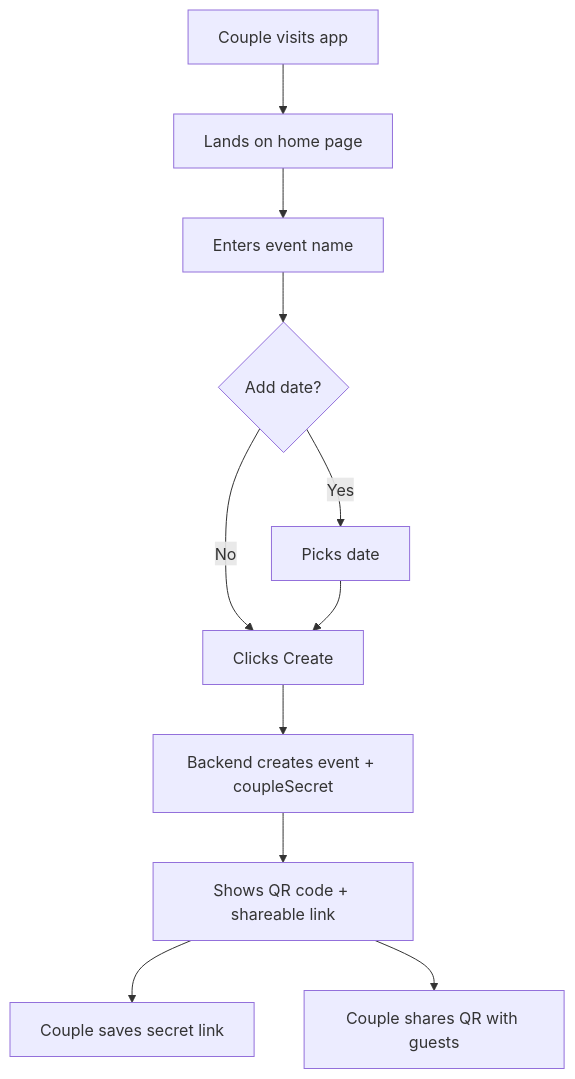
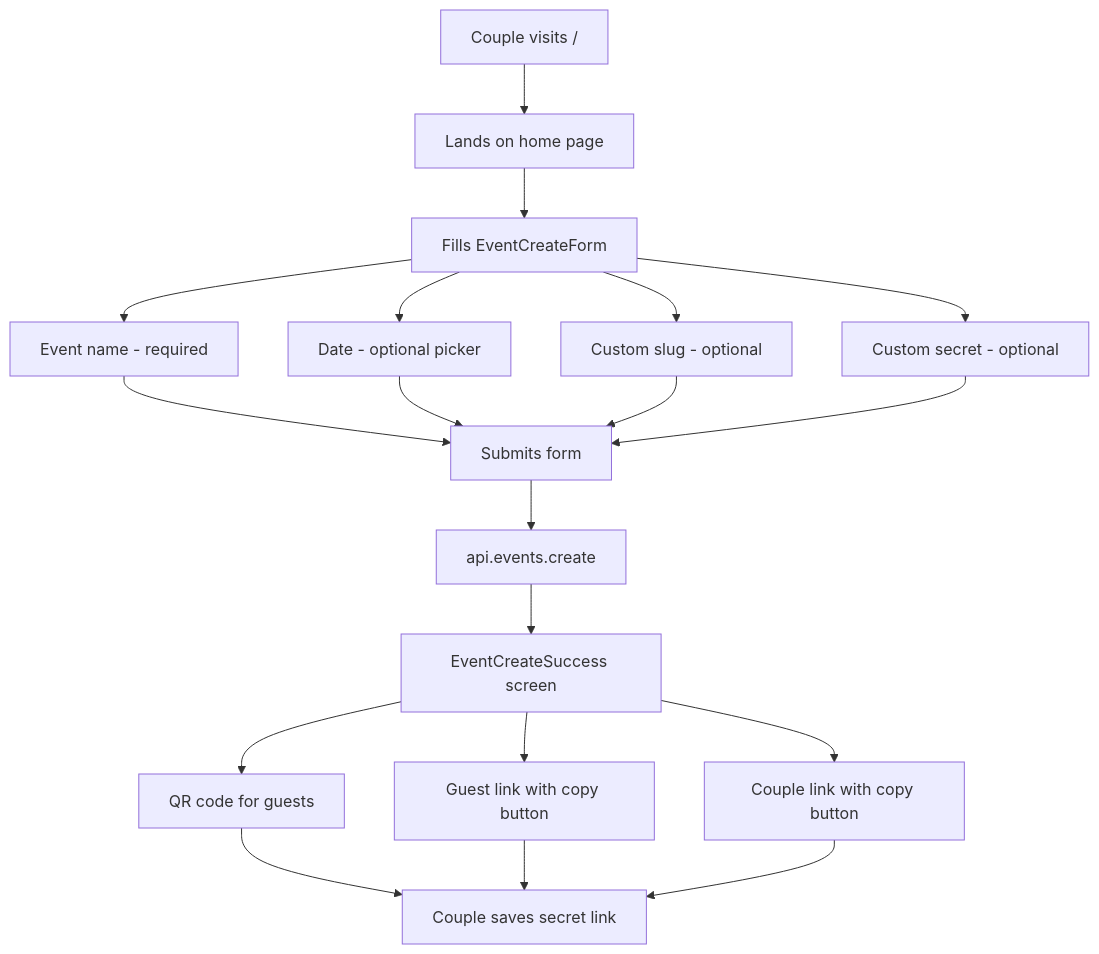
One commit to nova-chrome/WeWitnessed changed the first of 9 diagrams in docs/user-flows.md. Above: the diagram before and after it, drawn with Mermaid. The commit also changed other lines of this file and 6 other files, not shown here.

````diff
--- a/docs/user-flows.md
+++ b/docs/user-flows.md
@@ -7,13 +7,16 @@
 ```mermaid
 flowchart TD
-    A[Couple visits app] --> B[Lands on home page]
-    B --> C[Enters event name]
-    C --> D{Add date?}
-    D -->|Yes| E[Picks date]
-    D -->|No| F[Clicks Create]
-    E --> F
-    F --> G[Backend creates event + coupleSecret]
-    G --> H[Shows QR code + shareable link]
-    H --> I[Couple saves secret link]
-    H --> J[Couple shares QR with guests]
+    A[Couple visits /] --> B[Lands on home page]
+    B --> C[Fills EventCreateForm]
+    C --> C1[Event name - required]
+    C --> C2[Date - optional picker]
+    C --> C3[Custom slug - optional]
+    C --> C4[Custom secret - optional]
+    C1 & C2 & C3 & C4 --> F[Submits form]
+    F --> G[api.events.create]
+    G --> H[EventCreateSuccess screen]
+    H --> H1[QR code for guests]
+    H --> H2[Guest link with copy button]
+    H --> H3[Couple link with copy button]
+    H1 & H2 & H3 --> I[Couple saves secret link]
 ```
````
